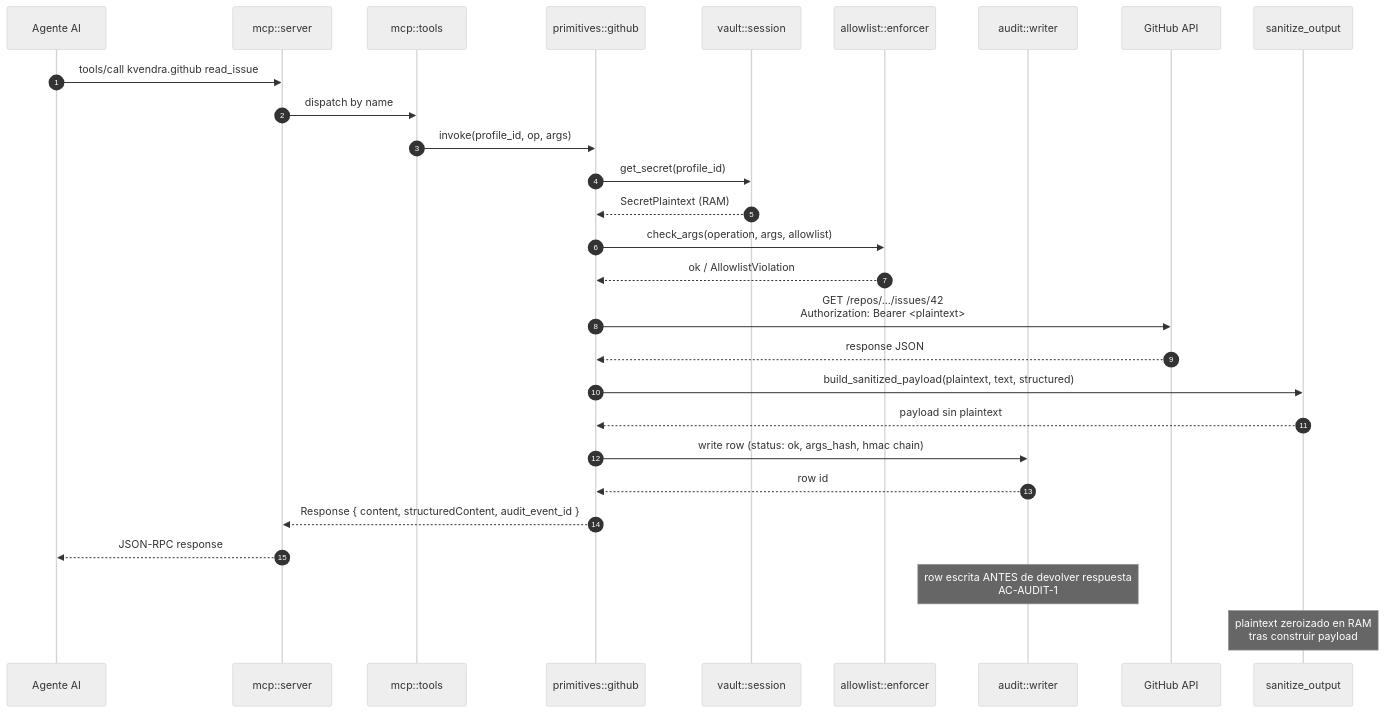
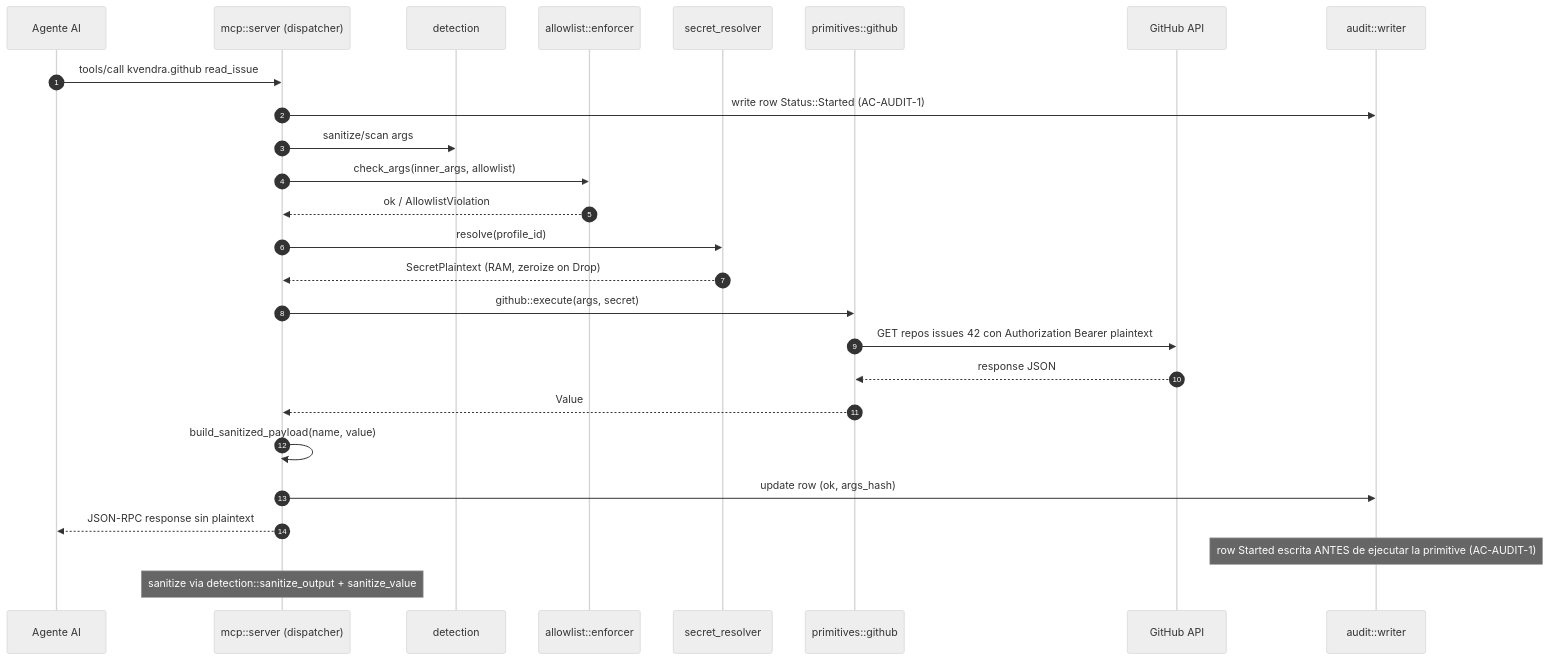
One commit to KvendraAI/kvendra-cli changed the second of 2 diagrams in docs/manual-kvendra-cli/11-arquitectura.md. Above: the diagram before and after it, drawn with Mermaid (neutral theme). The commit also changed other lines of this file and 27 other files, not shown here.

````diff
--- a/docs/manual-kvendra-cli/11-arquitectura.md
+++ b/docs/manual-kvendra-cli/11-arquitectura.md
@@ -167,32 +230,30 @@
 ```mermaid
 sequenceDiagram
     autonumber
     participant Agent as Agente AI
-    participant Server as mcp::server
-    participant Tools as mcp::tools
+    participant Server as mcp::server (dispatcher)
+    participant Detect as detection
+    participant Enforce as allowlist::enforcer
+    participant Resolver as secret_resolver
     participant Prim as primitives::github
-    participant Vault as vault::session
-    participant Enforce as allowlist::enforcer
+    participant External as GitHub API
     participant Audit as audit::writer
-    participant External as GitHub API
-    participant Sanit as sanitize_output
 
     Agent->>Server: tools/call kvendra.github read_issue
-    Server->>Tools: dispatch by name
-    Tools->>Prim: invoke(profile_id, op, args)
-    Prim->>Vault: get_secret(profile_id)
-    Vault-->>Prim: SecretPlaintext (RAM)
-    Prim->>Enforce: check_args(operation, args, allowlist)
-    Enforce-->>Prim: ok / AllowlistViolation
-    Prim->>External: GET /repos/.../issues/42<br/>Authorization: Bearer <plaintext>
+    Server->>Audit: write row Status::Started (AC-AUDIT-1)
+    Server->>Detect: sanitize/scan args
+    Server->>Enforce: check_args(inner_args, allowlist)
+    Enforce-->>Server: ok / AllowlistViolation
+    Server->>Resolver: resolve(profile_id)
+    Resolver-->>Server: SecretPlaintext (RAM, zeroize on Drop)
+    Server->>Prim: github::execute(args, secret)
+    Prim->>External: GET repos issues 42 con Authorization Bearer plaintext
     External-->>Prim: response JSON
-    Prim->>Sanit: build_sanitized_payload(plaintext, text, structured)
-    Sanit-->>Prim: payload sin plaintext
-    Prim->>Audit: write row (status: ok, args_hash, hmac chain)
-    Audit-->>Prim: row id
-    Prim-->>Server: Response { content, structuredContent, audit_event_id }
-    Server-->>Agent: JSON-RPC response
+    Prim-->>Server: Value
+    Server->>Server: build_sanitized_payload(name, value)
+    Server->>Audit: update row (ok, args_hash)
+    Server-->>Agent: JSON-RPC response sin plaintext
 
-    Note over Audit: row escrita ANTES de devolver respuesta<br/>AC-AUDIT-1
-    Note over Sanit: plaintext zeroizado en RAM<br/>tras construir payload
+    Note over Audit: row Started escrita ANTES de ejecutar la primitive (AC-AUDIT-1)
+    Note over Server: sanitize via detection::sanitize_output + sanitize_value
 ```
````
